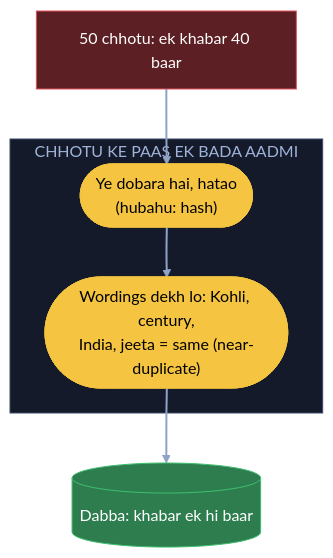
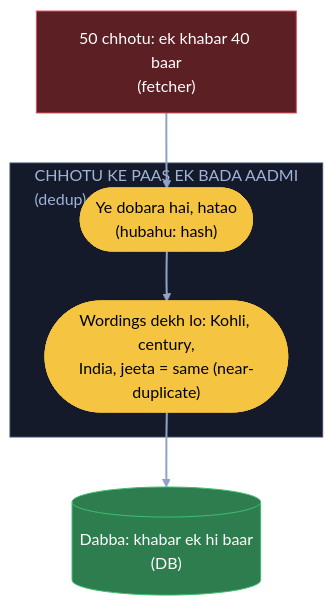
One commit to ArpanMaheshwari144/Prep changed the third of 14 diagrams in 04_HLD/SYSTEM_DESIGNS/08_news_aggregator/08_news_aggregator.md. Above: the diagram before and after it, drawn with Mermaid (base theme). The commit also changed other lines of this file and 22 other files, not shown here.

Commit message:
Diagram: sirf kahani ke dohraaye shabd pe bracket, us jagah notes wala matlab (207 label)

````diff
--- a/04_HLD/SYSTEM_DESIGNS/08_news_aggregator/08_news_aggregator.md
+++ b/04_HLD/SYSTEM_DESIGNS/08_news_aggregator/08_news_aggregator.md
@@ -145,18 +145,18 @@
 ```mermaid
 flowchart TB
-    C["50 chhotu: ek khabar 40 baar"]:::bad
-    subgraph BA["CHHOTU KE PAAS EK BADA AADMI"]
+    C["50 chhotu: ek khabar 40 baar<br/>(fetcher)"]:::bad
+    subgraph BA["CHHOTU KE PAAS EK BADA AADMI<br/>(dedup)"]
         H(["Ye dobara hai, hatao<br/>(hubahu: hash)"]):::pill
         W(["Wordings dekh lo: Kohli, century,<br/>India, jeeta = same (near-duplicate)"]):::pill
     end
-    D[("Dabba: khabar ek hi baar")]:::good
+    D[("Dabba: khabar ek hi baar<br/>(DB)")]:::good
     C --> H
     H --> W
     W --> D
     linkStyle default stroke:#8fa3c7,stroke-width:2px
     classDef card fill:#1e2638,stroke:#3a4a6b,color:#e8ecf5
     classDef pill fill:#f5c542,stroke:#f5c542,color:#000
     classDef good fill:#2e7d4f,stroke:#3fbf6f,color:#fff
     classDef bad fill:#5c1f24,stroke:#e05561,color:#fff
     style BA fill:#141a29,stroke:#3a4a6b,color:#9fb3d9
 ```
````
